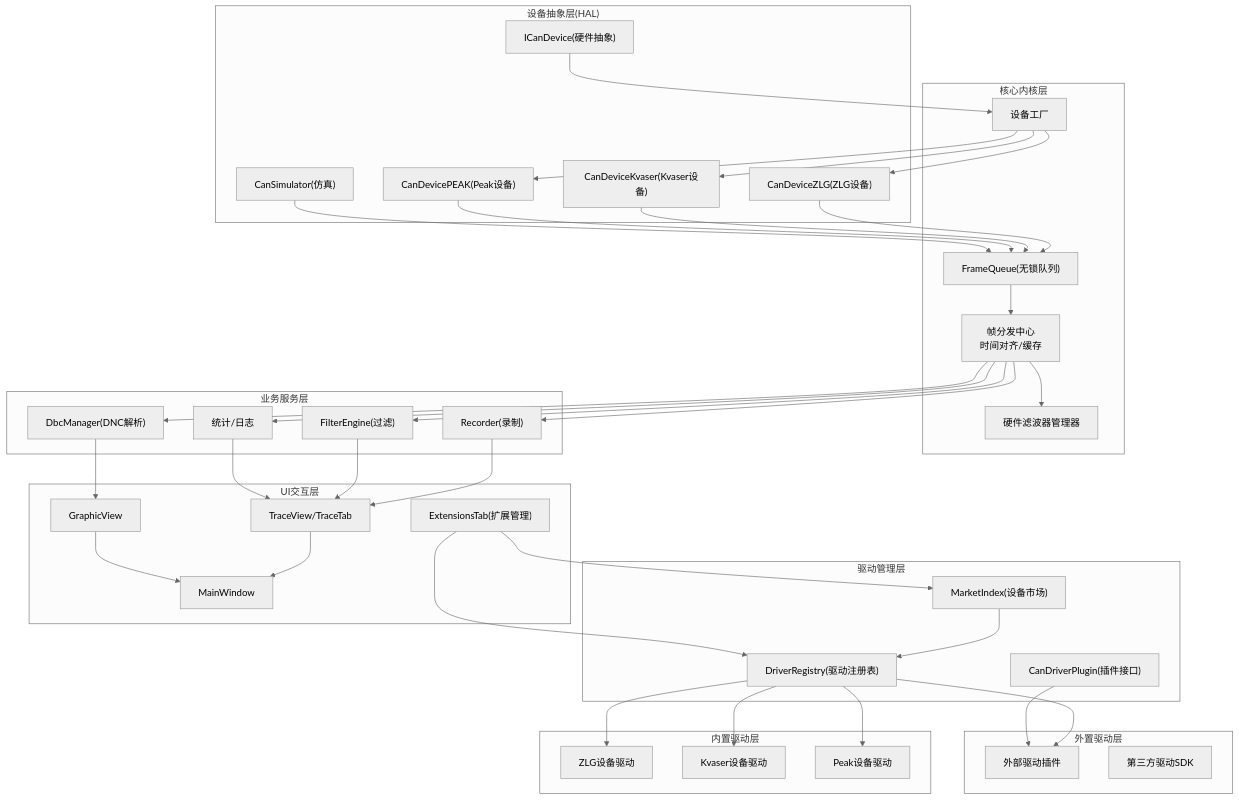
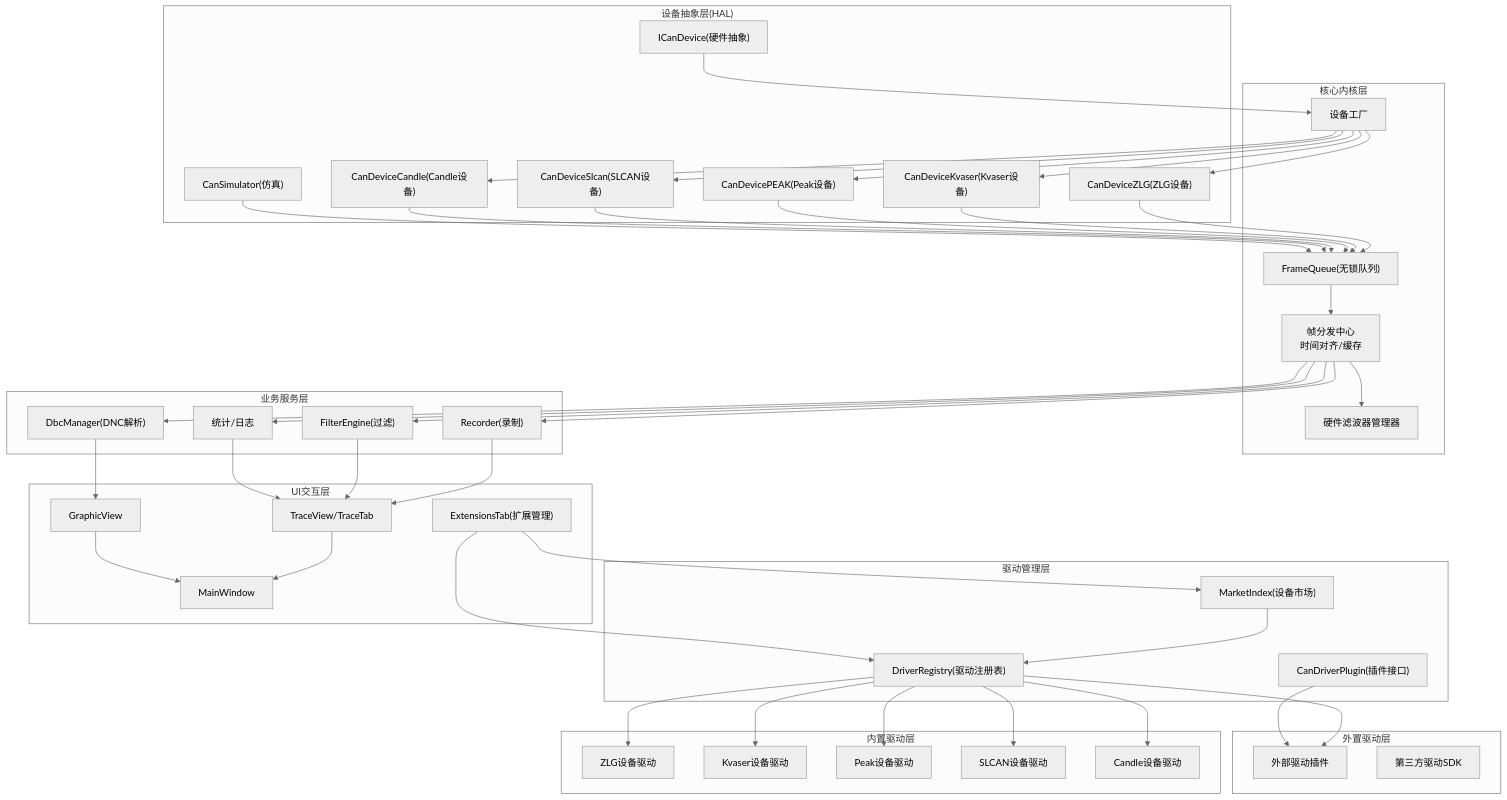
The second of 7 diagrams in .qoder/repowiki/zh/content/核心模块详解/CAN设备管理系统.md (jakecai1225-design/OpenBus), drawn with Mermaid (neutral theme) before and after one commit. The commit also changed other lines of this file and 95 other files, not shown here.

Commit message:
图标

````diff
--- a/.qoder/repowiki/zh/content/核心模块详解/CAN设备管理系统.md
+++ b/.qoder/repowiki/zh/content/核心模块详解/CAN设备管理系统.md
@@ -155,70 +172,80 @@
 ```mermaid
 graph TB
 subgraph "驱动管理层"
 DR["DriverRegistry(驱动注册表)"]
 MI["MarketIndex(设备市场)"]
 CDP["CanDriverPlugin(插件接口)"]
 end
 subgraph "内置驱动层"
 BD1["ZLG设备驱动"]
 BD2["Kvaser设备驱动"]
 BD3["Peak设备驱动"]
+BD4["SLCAN设备驱动"]
+BD5["Candle设备驱动"]
 end
 subgraph "外置驱动层"
 ED1["外部驱动插件"]
 ED2["第三方驱动SDK"]
 end
 subgraph "设备抽象层(HAL)"
 HAL1["ICanDevice(硬件抽象)"]
 HAL2["CanDeviceZLG(ZLG设备)"]
 HAL3["CanDeviceKvaser(Kvaser设备)"]
 HAL4["CanDevicePEAK(Peak设备)"]
-HAL5["CanSimulator(仿真)"]
+HAL5["CanDeviceSlcan(SLCAN设备)"]
+HAL6["CanDeviceCandle(Candle设备)"]
+HAL7["CanSimulator(仿真)"]
 end
 subgraph "核心内核层"
 Core["帧分发中心<br/>时间对齐/缓存"]
 MQ["FrameQueue(无锁队列)"]
 Factory["设备工厂"]
 FilterMgr["硬件滤波器管理器"]
 end
 subgraph "业务服务层"
 S1["Recorder(录制)"]
 S2["FilterEngine(过滤)"]
 S3["DbcManager(DNC解析)"]
 S4["统计/日志"]
 end
 subgraph "UI交互层"
 UI1["TraceView/TraceTab"]
 UI2["GraphicView"]
 UI3["MainWindow"]
 UI4["ExtensionsTab(扩展管理)"]
 end
 DR --> BD1
 DR --> BD2
 DR --> BD3
+DR --> BD4
+DR --> BD5
 DR --> ED1
 MI --> DR
 CDP --> ED1
 HAL1 --> Factory
 Factory --> HAL2
 Factory --> HAL3
 Factory --> HAL4
+Factory --> HAL5
+Factory --> HAL6
 HAL2 --> MQ
 HAL3 --> MQ
 HAL4 --> MQ
 HAL5 --> MQ
+HAL6 --> MQ
+HAL7 --> MQ
 MQ --> Core
 Core --> FilterMgr
 Core --> S1
 Core --> S2
 Core --> S3
 Core --> S4
 S1 --> UI1
 S2 --> UI1
 S3 --> UI2
 S4 --> UI1
 UI1 --> UI3
 UI2 --> UI3
 UI4 --> DR
 UI4 --> MI
 ```
````
